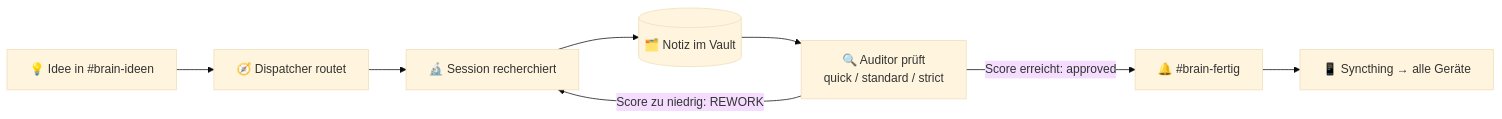
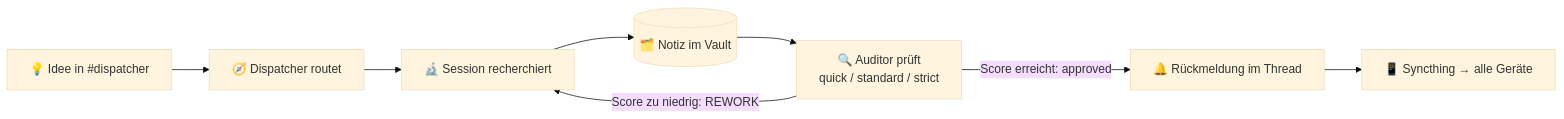
One commit to flodido/BrainVault changed the first of 3 diagrams in README.md. Above: the diagram before and after it, drawn with Mermaid (base theme). The commit also changed other lines of this file and 1 other file, not shown here.

````diff
--- a/README.md
+++ b/README.md
@@ -277,10 +247,10 @@
 ```mermaid
 flowchart LR
-    A["💡 Idee in #brain-ideen"] --> B["🧭 Dispatcher routet"]
+    A["💡 Idee in #dispatcher"] --> B["🧭 Dispatcher routet"]
     B --> C["🔬 Session recherchiert"]
     C --> D[("🗂️ Notiz im Vault")]
     D --> E["🔍 Auditor prüft<br/>quick / standard / strict"]
     E -- "Score zu niedrig: REWORK" --> C
-    E -- "Score erreicht: approved" --> F["🔔 #brain-fertig"]
+    E -- "Score erreicht: approved" --> F["🔔 Rückmeldung im Thread"]
     F --> G["📱 Syncthing → alle Geräte"]
 ```
````
